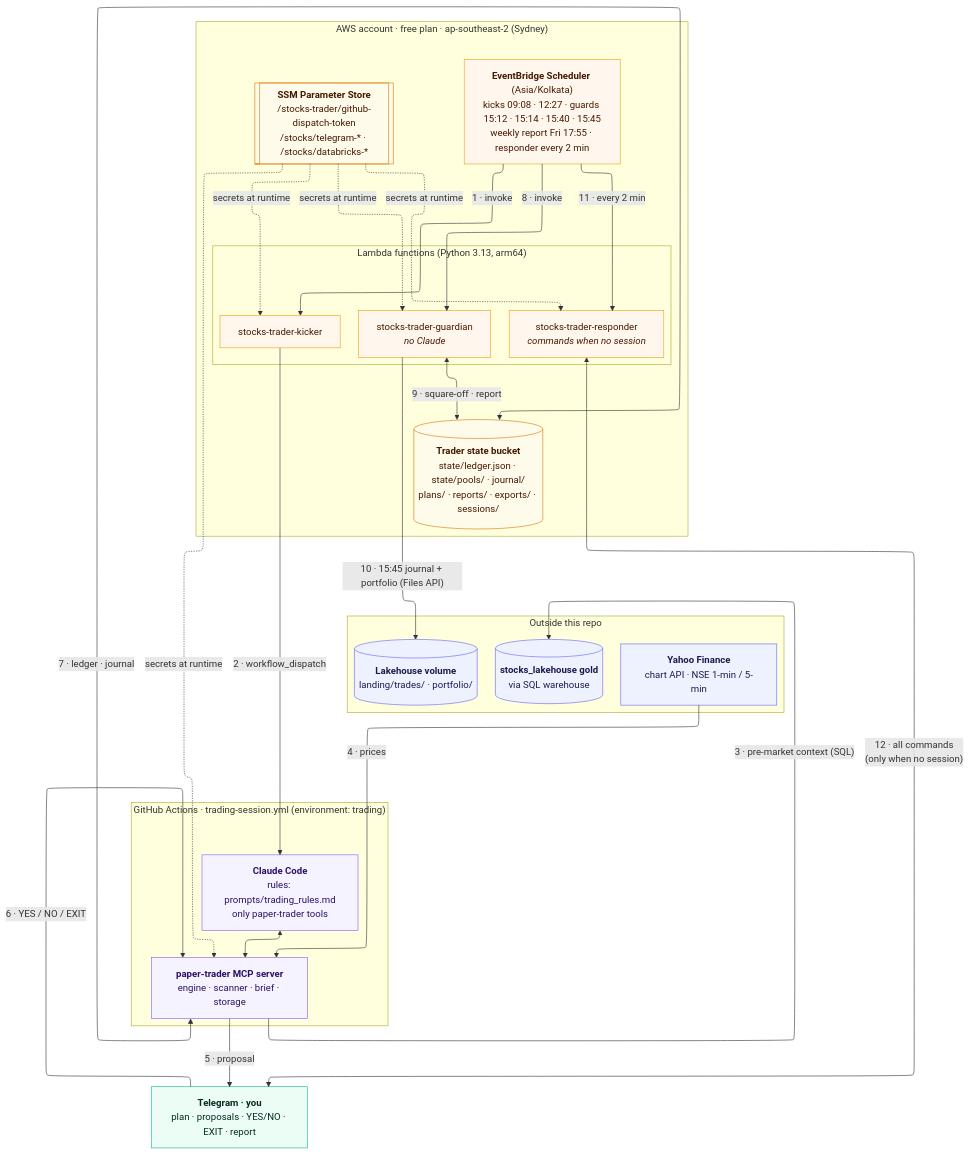
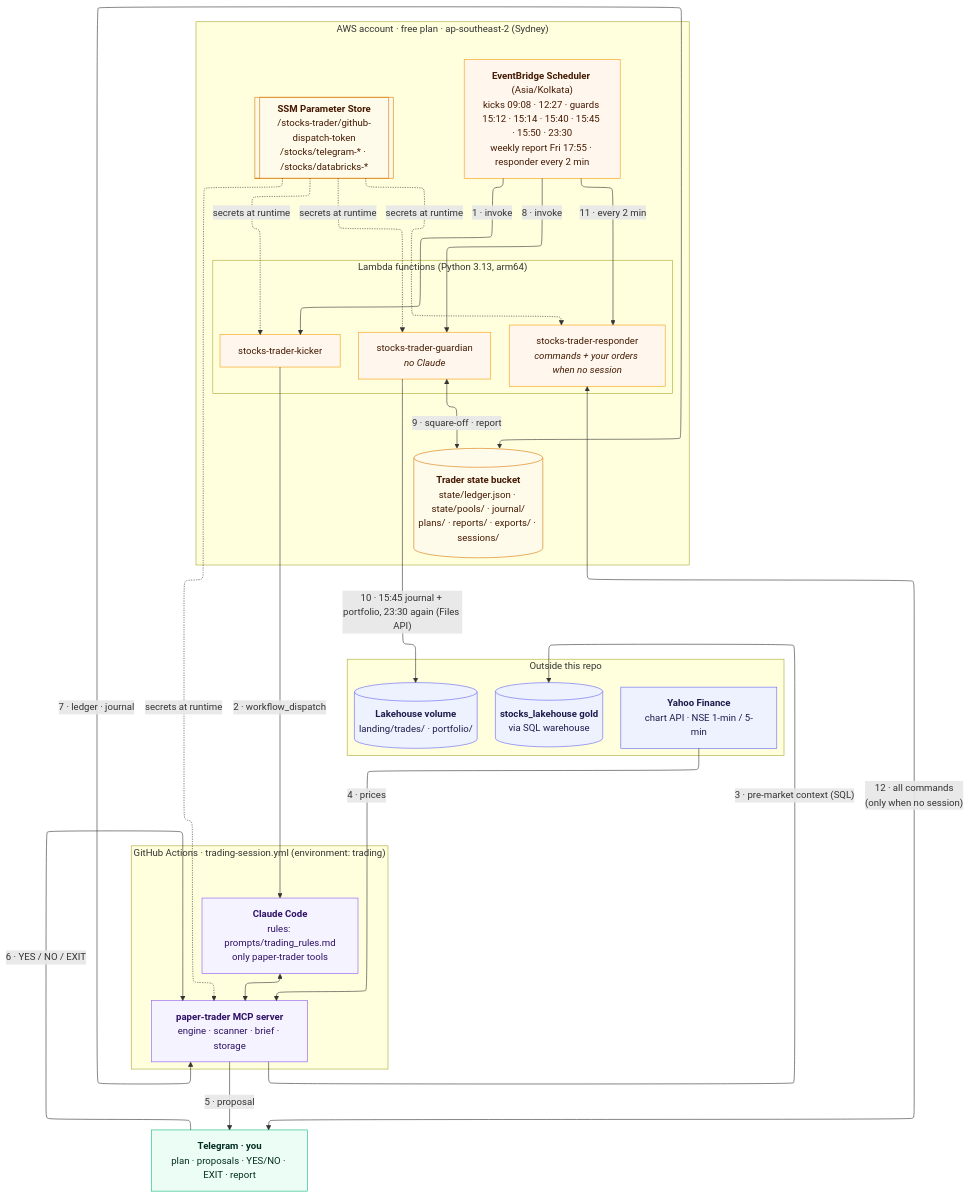
The diagram in docs/diagrams/02_architecture.mmd (bumblebee26/paper-trader), drawn with Mermaid before and after one commit. The commit also changed 14 other files, not shown here.

First line of the commit message:
Docs: your own Telegram trades, track record by sector and direction, Groww for every stock

```diff
--- a/docs/diagrams/02_architecture.mmd
+++ b/docs/diagrams/02_architecture.mmd
@@ -1,61 +1,61 @@
 ---
 config:
   layout: elk
   elk:
     mergeEdges: false
     nodePlacementStrategy: NETWORK_SIMPLEX
 ---
 flowchart TB
     subgraph EXT["Outside this repo"]
         direction LR
         YF["<b>Yahoo Finance</b><br/>chart API · NSE 1-min / 5-min"]
         GOLD[("<b>stocks_lakehouse gold</b><br/>via SQL warehouse")]
         VOL[("<b>Lakehouse volume</b><br/>landing/trades/ · portfolio/")]
     end
 
     subgraph AWS["AWS account · free plan · ap-southeast-2 (Sydney)"]
         direction TB
-        SCH["<b>EventBridge Scheduler</b> (Asia/Kolkata)<br/>kicks 09:08 · 12:27 · guards 15:12 · 15:14 · 15:40 · 15:45<br/>weekly report Fri 17:55 · responder every 2 min"]
+        SCH["<b>EventBridge Scheduler</b> (Asia/Kolkata)<br/>kicks 09:08 · 12:27 · guards 15:12 · 15:14 · 15:40 · 15:45 · 15:50 · 23:30<br/>weekly report Fri 17:55 · responder every 2 min"]
         subgraph LAMBDAS["Lambda functions (Python 3.13, arm64)"]
             direction LR
             KICK["stocks-trader-kicker"]
             GUARD["stocks-trader-guardian<br/><i>no Claude</i>"]
-            RESP["stocks-trader-responder<br/><i>commands when no session</i>"]
+            RESP["stocks-trader-responder<br/><i>commands + your orders when no session</i>"]
         end
         S3[("<b>Trader state bucket</b><br/>state/ledger.json · state/pools/ · journal/<br/>plans/ · reports/ · exports/ · sessions/")]
         SSM[["<b>SSM Parameter Store</b><br/>/stocks-trader/github-dispatch-token<br/>/stocks/telegram-* · /stocks/databricks-*"]]
     end
 
     subgraph GHA["GitHub Actions · trading-session.yml (environment: trading)"]
         direction LR
         CC["<b>Claude Code</b><br/>rules: prompts/trading_rules.md<br/>only paper-trader tools"]
         MCP["<b>paper-trader MCP server</b><br/>engine · scanner · brief · storage"]
         CC <--> MCP
     end
 
     TG["<b>Telegram · you</b><br/>plan · proposals · YES/NO · EXIT · report"]
 
     SCH -- "1 · invoke" --> KICK
     KICK -- "2 · workflow_dispatch" --> CC
     MCP -- "3 · pre-market context (SQL)" --> GOLD
     YF -- "4 · prices" --> MCP
     MCP -- "5 · proposal" --> TG
     TG -- "6 · YES / NO / EXIT" --> MCP
     MCP <-- "7 · ledger · journal" --> S3
     SCH -- "8 · invoke" --> GUARD
     GUARD <-- "9 · square-off · report" --> S3
-    GUARD -- "10 · 15:45 journal + portfolio (Files API)" --> VOL
+    GUARD -- "10 · 15:45 journal + portfolio, 23:30 again (Files API)" --> VOL
     SCH -- "11 · every 2 min" --> RESP
     RESP <-- "12 · all commands<br/>(only when no session)" --> TG
     SSM -. "secrets at runtime" .-> KICK & GUARD & RESP & MCP
 
     classDef ext fill:#eef2ff,stroke:#6366f1,color:#1e1b4b
     classDef aws fill:#fff7ed,stroke:#f59e0b,color:#451a03
     classDef store fill:#fffbeb,stroke:#d97706,color:#451a03
     classDef trader fill:#f5f3ff,stroke:#8b5cf6,color:#2e1065
     classDef out fill:#ecfdf5,stroke:#10b981,color:#022c22
     class YF,GOLD,VOL ext
     class SCH,KICK,GUARD,RESP aws
     class S3,SSM store
     class CC,MCP trader
     class TG out
```
